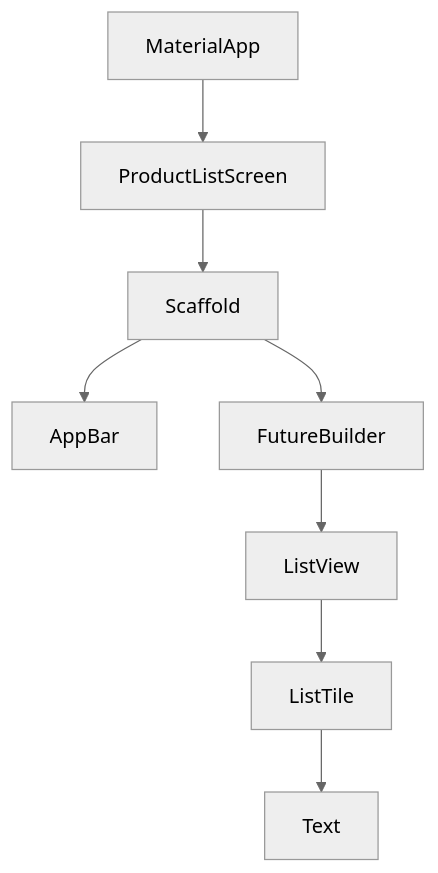
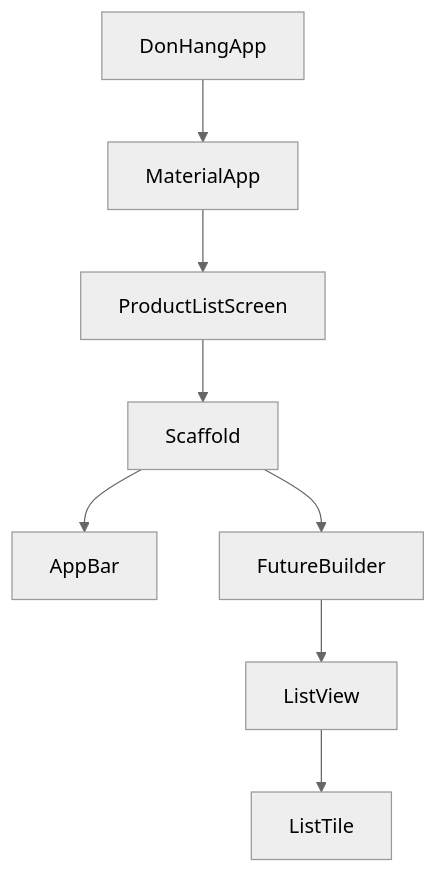
The diagram in content/tracks/frontend/flutter-foundations/frontend.l1.the-widget-tree.en.md (duyan11110/lo-trinh-architect), drawn with Mermaid (neutral theme) before and after one commit. The commit also changed other lines of this file and 3 other files, not shown here.

````diff
--- a/content/tracks/frontend/flutter-foundations/frontend.l1.the-widget-tree.en.md
+++ b/content/tracks/frontend/flutter-foundations/frontend.l1.the-widget-tree.en.md
@@ -37,10 +37,10 @@
 ```mermaid
 flowchart TD
-  A[MaterialApp] --> P[ProductListScreen]
+  D[DonHangApp] --> A[MaterialApp]
+  A --> P[ProductListScreen]
   P --> S[Scaffold]
   S --> B[AppBar]
   S --> F[FutureBuilder]
   F --> L[ListView]
   L --> T[ListTile]
-  T --> X[Text]
 ```
````
